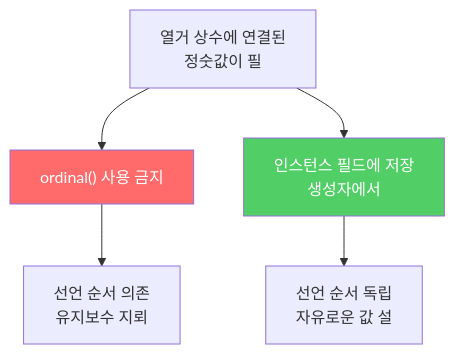
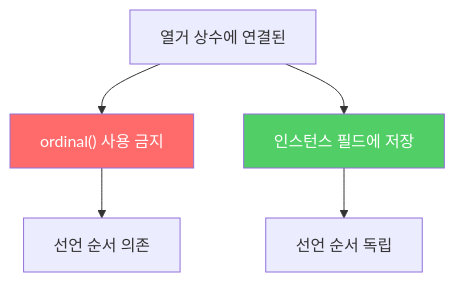
Before and after one commit to yjkim2015/yjkim2015.github.io: the second of 2 diagrams in _posts/java/2022-01-14-effective-java35.md, drawn with Mermaid. The commit also changed other lines of this file and 217 other files, not shown here.

First line of the commit message:
Mermaid 크기 수정: useMaxWidth:true + SVG max-width:100% + 라벨 축소

````diff
--- a/_posts/java/2022-01-14-effective-java35.md
+++ b/_posts/java/2022-01-14-effective-java35.md
@@ -86,9 +86,9 @@
 ```mermaid
 graph TD
-    A["열거 상수에 연결된\n정숫값이 필"] --> B["ordinal() 사용 금지"]
-    A --> C["인스턴스 필드에 저장\n생성자에서"]
-    B --> D["선언 순서 의존\n유지보수 지뢰"]
-    C --> E["선언 순서 독립\n자유로운 값 설"]
+    A["열거 상수에 연결된"] --> B["ordinal() 사용 금지"]
+    A --> C["인스턴스 필드에 저장"]
+    B --> D["선언 순서 의존"]
+    C --> E["선언 순서 독립"]
     style B fill:#ff6b6b,color:#fff
     style C fill:#51cf66,color:#fff
 ```
````
